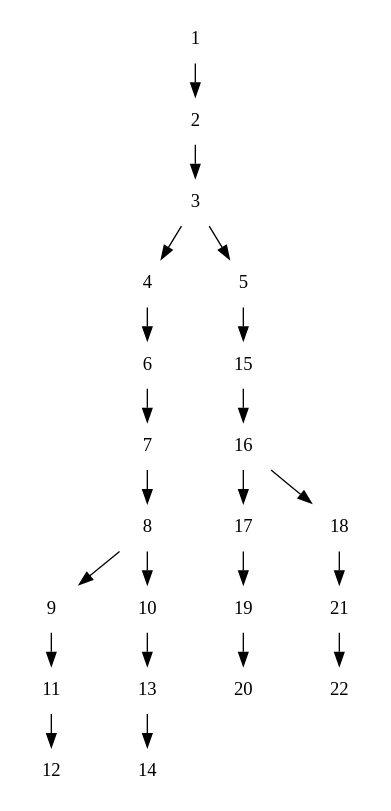
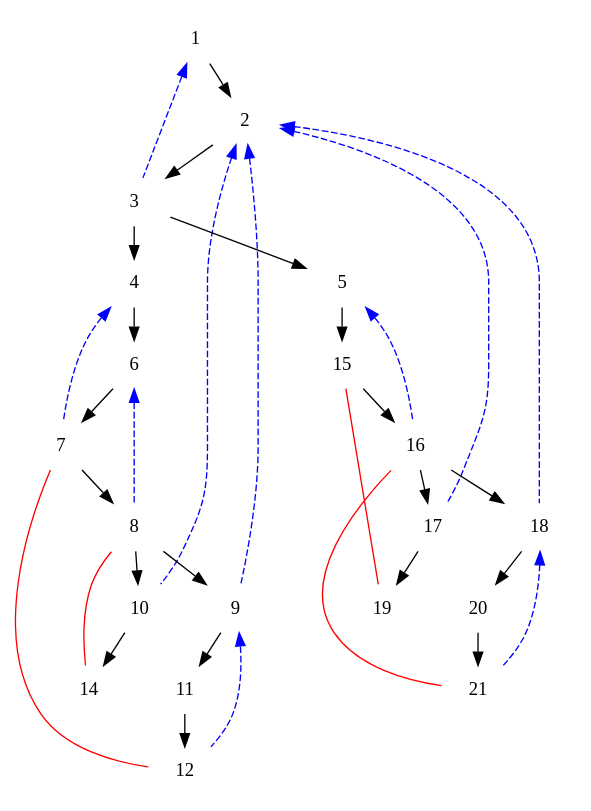
One commit to masterkapilkumar/Tableau-for-Propositional-Logic changed the diagram in arg.dot. Above: the diagram before and after it, drawn with Graphviz. The commit also changed 5 other files, not shown here.

```diff
--- a/arg.dot
+++ b/arg.dot
@@ -1,49 +1,65 @@
 digraph {
 	ranksep = 0.35;
 	node [shape=plaintext];
 	1 [texlbl="\underline{1. {\LARGE \color{green} $((p \wedge q) \vee (\neg p \wedge r)) \wedge (\neg ((\neg p \vee q) \wedge (p \vee r)))$}}"];
 	2 [texlbl="\underline{2. {\LARGE \color{green} $(p \wedge q) \vee (\neg p \wedge r)$}}"];
 	3 [texlbl="\underline{3. {\LARGE \color{green} $\neg ((\neg p \vee q) \wedge (p \vee r))$}}"];
 	4 [texlbl="\underline{4. {\LARGE \color{green} $\neg (\neg p \vee q)$}}"];
 	5 [texlbl="\underline{5. {\LARGE \color{green} $\neg (p \vee r)$}}"];
-	6 [texlbl="\underline{6. {\LARGE \color{green} $\neg\neg p$}}"];
+	6 [texlbl="\underline{6. {\LARGE \color{green} $\neg \neg p$}}"];
 	7 [texlbl="\underline{7. {\LARGE \color{green} $\neg q$}}"];
 	8 [texlbl="\underline{8. {\LARGE \color{green} $p$}}"];
 	9 [texlbl="\underline{9. {\LARGE \color{green} $p \wedge q$}}"];
 	10 [texlbl="\underline{10. {\LARGE \color{green} $\neg p \wedge r$}}"];
 	11 [texlbl="\underline{11. {\LARGE \color{green} $p$}}"];
 	12 [texlbl="\underline{12. {\LARGE \color{green} $q$}}"];
-	13 [texlbl="\underline{13. {\LARGE \color{green} $\neg p$}}"];
-	14 [texlbl="\underline{14. {\LARGE \color{green} $r$}}"];
+	14 [texlbl="\underline{14. {\LARGE \color{green} $\neg p$}}"];
 	15 [texlbl="\underline{15. {\LARGE \color{green} $\neg p$}}"];
 	16 [texlbl="\underline{16. {\LARGE \color{green} $\neg r$}}"];
 	17 [texlbl="\underline{17. {\LARGE \color{green} $p \wedge q$}}"];
 	18 [texlbl="\underline{18. {\LARGE \color{green} $\neg p \wedge r$}}"];
 	19 [texlbl="\underline{19. {\LARGE \color{green} $p$}}"];
-	20 [texlbl="\underline{20. {\LARGE \color{green} $q$}}"];
-	21 [texlbl="\underline{21. {\LARGE \color{green} $\neg p$}}"];
-	22 [texlbl="\underline{22. {\LARGE \color{green} $r$}}"];
+	20 [texlbl="\underline{20. {\LARGE \color{green} $\neg p$}}"];
+	21 [texlbl="\underline{21. {\LARGE \color{green} $r$}}"];
 	subgraph dir {
 		1->2;
 		2->3;
 		3->4;
 		3->5;
 		4->6;
 		6->7;
 		7->8;
 		8->9;
 		8->10;
 		9->11;
 		11->12;
-		10->13;
-		13->14;
+		10->14;
 		5->15;
 		15->16;
 		16->17;
 		16->18;
 		17->19;
-		19->20;
+		18->20;
+		20->21;
+	}
+	subgraph ancestor {
+		edge [dir=back, color=blue, style=dashed]
+		1->3;
+		4->7;
+		6->8;
+		2->9;
+		2->10;
+		9->12;
+		5->16;
+		2->17;
+		2->18;
 		18->21;
-		21->22;
+	}
+	subgraph undir {
+		edge [dir=none, color=red]
+		12->7;
+		14->8;
+		19->15;
+		21->16;
 	}
 }
```
